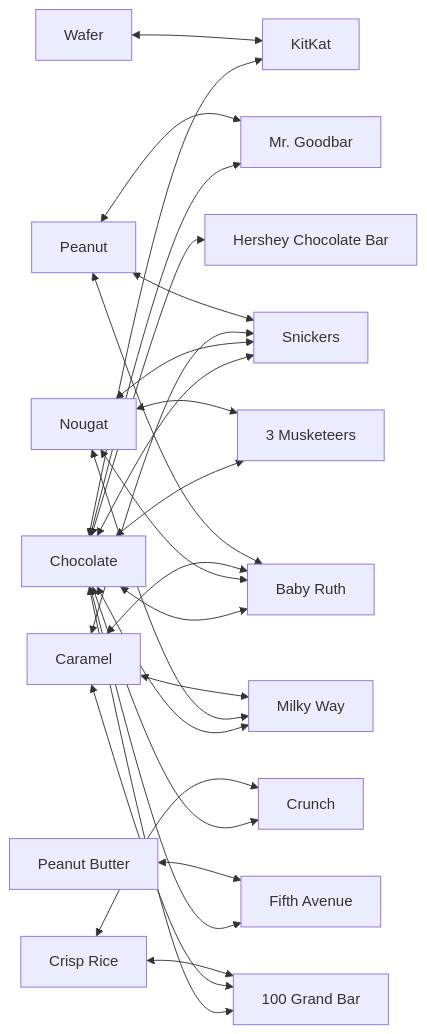
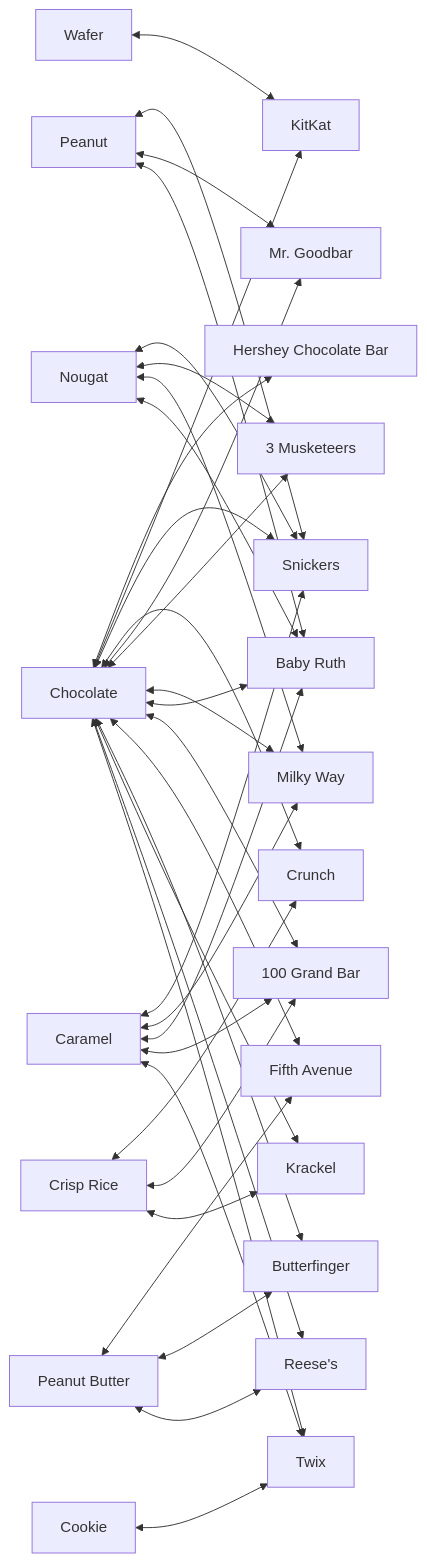
Before and after one commit to JustinR1015/CandyMaker: the diagram in README.md, drawn with Mermaid.

````diff
--- a/README.md
+++ b/README.md
@@ -3,29 +3,38 @@
 ```mermaid
 flowchart LR
 %%  subgraph Ingredients
     Chocolate <--> hcb[Hershey Chocolate Bar]
     Chocolate <--> KitKat
     Chocolate <--> Snickers
     Chocolate <--> Crunch
     Chocolate <--> mg[Mr. Goodbar]
     Chocolate <--> tm[3 Musketeers]
     Chocolate <--> mw[Milky Way]
     Chocolate <--> br[Baby Ruth]
     Chocolate <--> ohgb[100 Grand Bar]
     Chocolate <--> fa[Fifth Avenue]
+    Chocolate <--> Butterfinger
+    Chocolate <--> Krackel
+    Chocolate <--> Reese's
+    Chocolate <--> Twix
     Nougat <--> Snickers
     Nougat <--> tm
     Nougat <--> mw
     Nougat <--> br
     Caramel <--> Snickers
     Caramel <--> mw
     Caramel <--> br
     Caramel <--> ohgb
+    Caramel <--> Twix
     Peanut <--> Snickers
     Peanut <--> mg
     Peanut <--> br
     cr[Crisp Rice] <--> Crunch
     cr <--> ohgb
+    cr <--> Krackel
     Wafer <--> KitKat
     pb[Peanut Butter] <--> fa
+    pb <--> Butterfinger
+    pb <--> Reese's
+    Cookie <--> Twix
 ```
````
